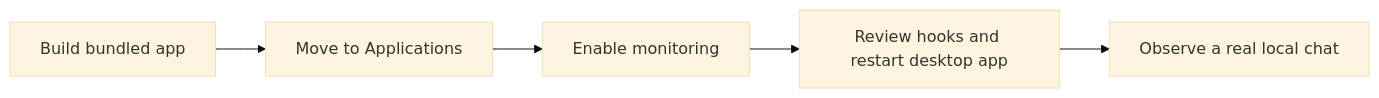
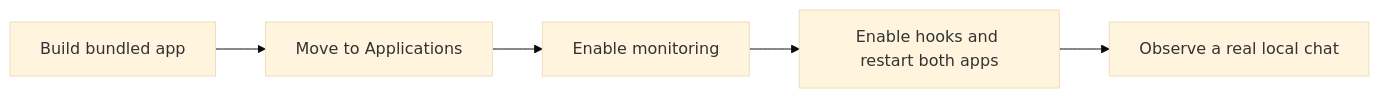
One commit to tongvtdan/Bamboo-Pulse changed the diagram in docs/quick-start.md. Above: the diagram before and after it, drawn with Mermaid (base theme). The commit also changed other lines of this file and 2 other files, not shown here.

````diff
--- a/docs/quick-start.md
+++ b/docs/quick-start.md
@@ -86,7 +97,7 @@
 ```mermaid
 flowchart LR
     Build[Build bundled app] --> Install[Move to Applications]
     Install --> Consent[Enable monitoring]
-    Consent --> Hooks[Review hooks and restart desktop app]
+    Consent --> Hooks[Enable hooks and restart both apps]
     Hooks --> Verify[Observe a real local chat]
 ```
````
